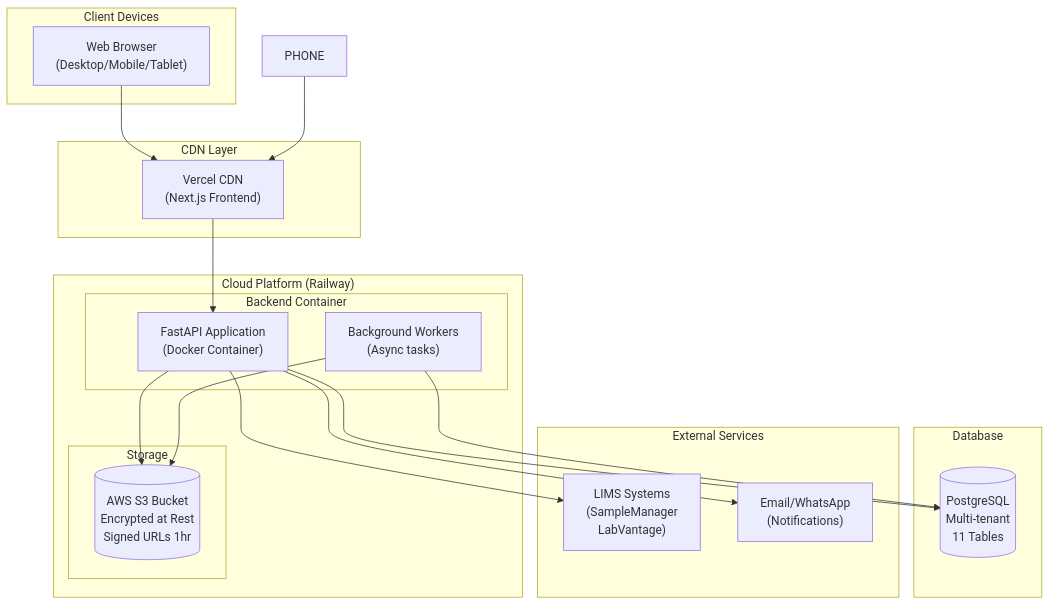
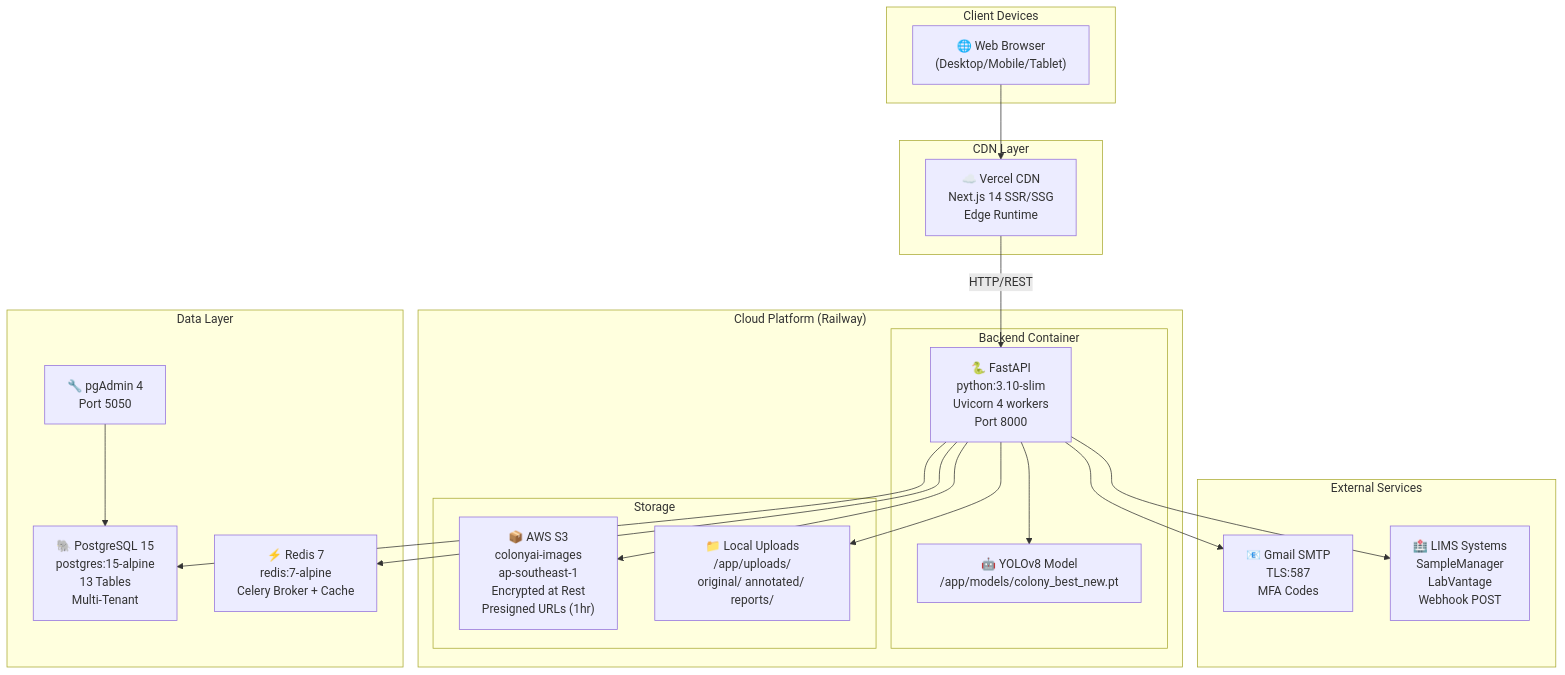
One commit to wi5nuu/colonyai changed diagram 12 of 17 in project-management/technical-architecture.md. Above: the diagram before and after it, drawn with Mermaid. The commit also changed other lines of this file and 2 other files, not shown here.

Commit message:
docs: add technical architecture, security checklist and user manual

````diff
--- a/project-management/technical-architecture.md
+++ b/project-management/technical-architecture.md
@@ -720,39 +1285,44 @@
 ```mermaid
 graph TB
     subgraph "Client Devices"
-        WEB["Web Browser\n(Desktop/Mobile/Tablet)"]
+        WEB["🌐 Web Browser<br/>(Desktop/Mobile/Tablet)"]
     end
 
     subgraph "CDN Layer"
-        VERCEL["Vercel CDN\n(Next.js Frontend)"]
+        VERCEL["☁️ Vercel CDN<br/>Next.js 14 SSR/SSG<br/>Edge Runtime"]
     end
 
     subgraph "Cloud Platform (Railway)"
         subgraph "Backend Container"
-            FASTAPI["FastAPI Application\n(Docker Container)"]
-            WORKER["Background Workers\n(Async tasks)"]
+            FASTAPI["🐍 FastAPI<br/>python:3.10-slim<br/>Uvicorn 4 workers<br/>Port 8000"]
+            YOLO["🤖 YOLOv8 Model<br/>/app/models/colony_best_new.pt"]
         end
+
         subgraph "Storage"
-            S3[(AWS S3 Bucket\nEncrypted at Rest\nSigned URLs 1hr)]
+            S3["📦 AWS S3<br/>colonyai-images<br/>ap-southeast-1<br/>Encrypted at Rest<br/>Presigned URLs (1hr)"]
+            UPLOADS["📁 Local Uploads<br/>/app/uploads/<br/>original/ annotated/ reports/"]
         end
     end
 
-    subgraph "Database"
-        PG[(PostgreSQL\nMulti-tenant\n11 Tables)]
+    subgraph "Data Layer"
+        PG["🐘 PostgreSQL 15<br/>postgres:15-alpine<br/>13 Tables<br/>Multi-Tenant"]
+        REDIS["⚡ Redis 7<br/>redis:7-alpine<br/>Celery Broker + Cache"]
+        PGADMIN["🔧 pgAdmin 4<br/>Port 5050"]
     end
 
     subgraph "External Services"
-        LIMS["LIMS Systems\n(SampleManager\nLabVantage)"]
-        SMTP["Email/WhatsApp\n(Notifications)"]
+        SMTP["📧 Gmail SMTP<br/>TLS:587<br/>MFA Codes"]
+        LIMS["🏥 LIMS Systems<br/>SampleManager<br/>LabVantage<br/>Webhook POST"]
     end
 
     WEB --> VERCEL
-    PHONE --> VERCEL
-    VERCEL --> FASTAPI
+    VERCEL -->|"HTTP/REST"| FASTAPI
+    FASTAPI --> YOLO
     FASTAPI --> PG
+    FASTAPI --> REDIS
     FASTAPI --> S3
+    FASTAPI --> UPLOADS
+    FASTAPI --> SMTP
     FASTAPI --> LIMS
-    FASTAPI --> SMTP
-    WORKER --> PG
-    WORKER --> S3
+    PGADMIN --> PG
 ```
````
